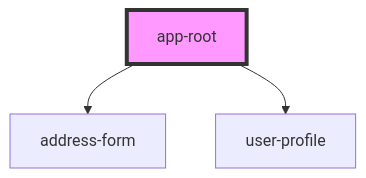
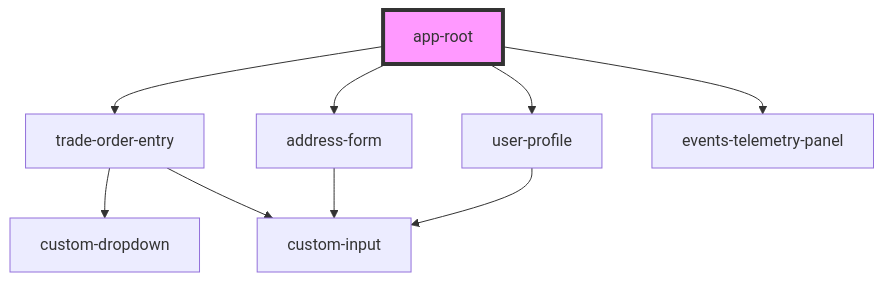
Before and after one commit to jimbono/stencil-form-telemetry: the diagram in src/components/app-root/readme.md, drawn with Mermaid. The commit also changed other lines of this file and 6 other files, not shown here.

````diff
--- a/src/components/app-root/readme.md
+++ b/src/components/app-root/readme.md
@@ -16,6 +18,12 @@
 ```mermaid
 graph TD;
+  app-root --> trade-order-entry
   app-root --> address-form
   app-root --> user-profile
+  app-root --> events-telemetry-panel
+  trade-order-entry --> custom-dropdown
+  trade-order-entry --> custom-input
+  address-form --> custom-input
+  user-profile --> custom-input
   style app-root fill:#f9f,stroke:#333,stroke-width:4px
 ```
````
